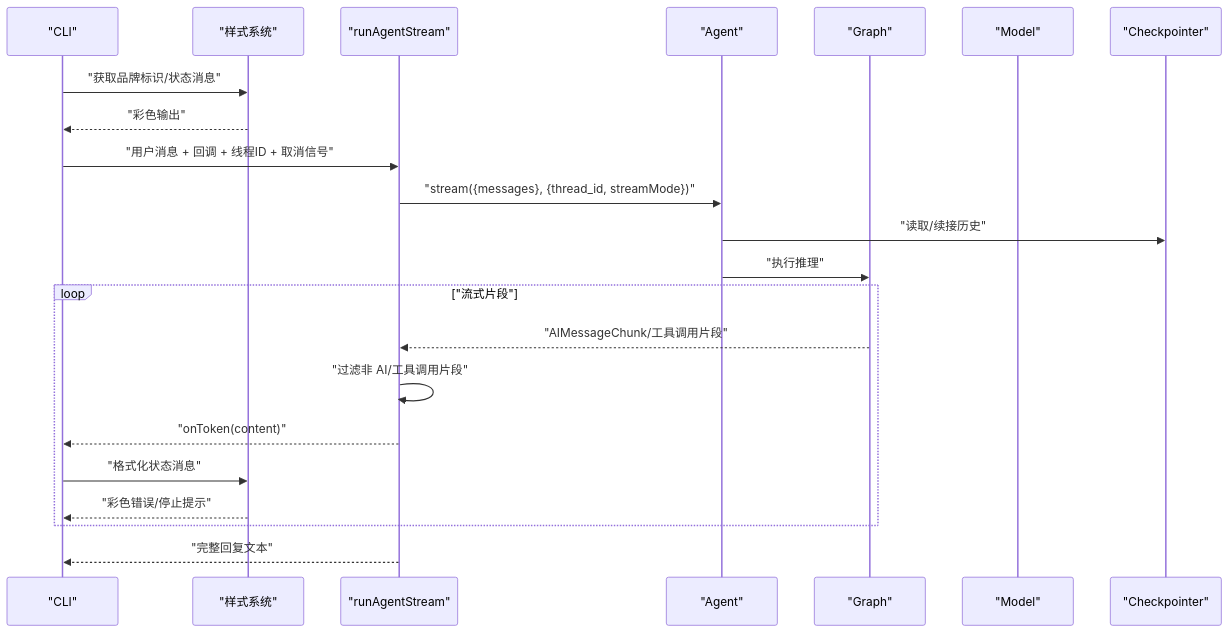
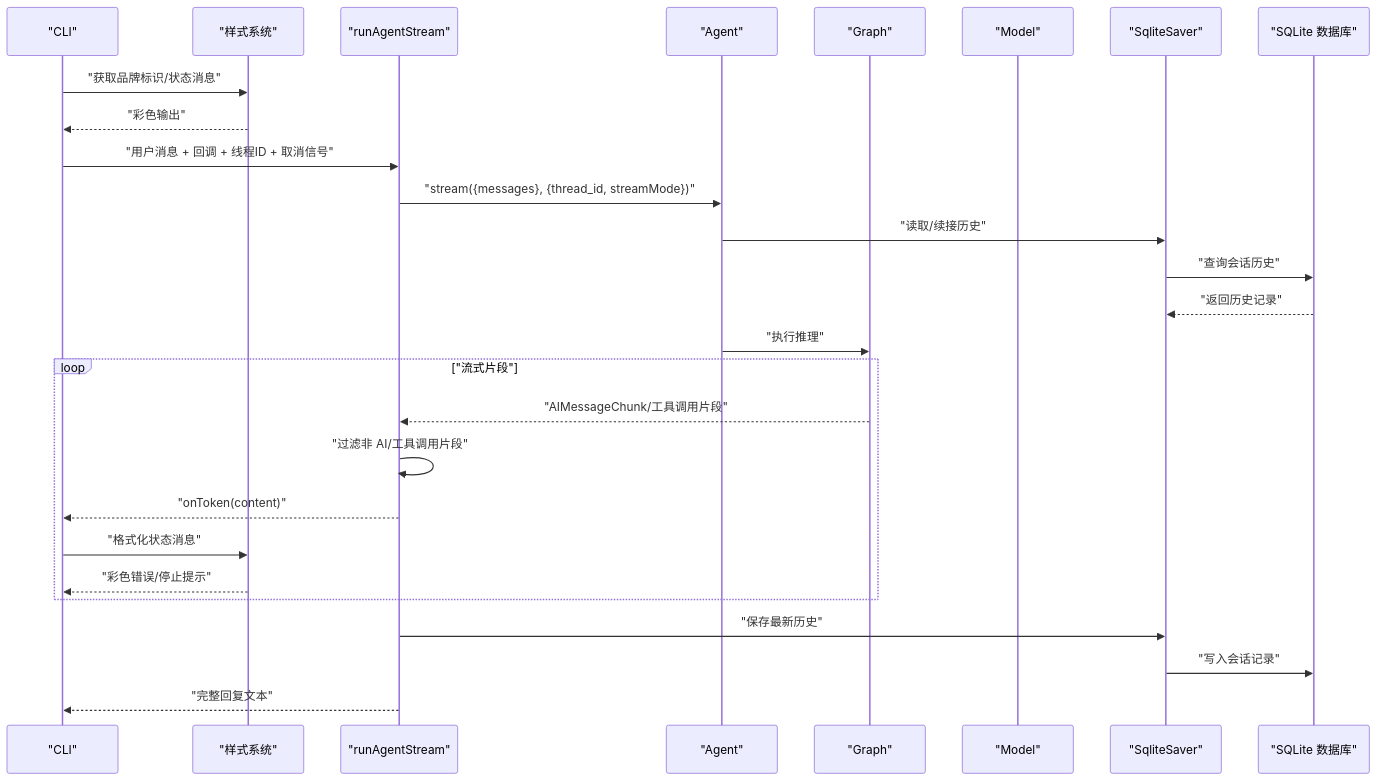
Before and after one commit to HAOFUYANG/onion-code: the third of 9 diagrams in .qoder/repowiki/zh/content/核心代理系统/核心代理系统.md, drawn with Mermaid. The commit also changed other lines of this file and 3 other files, not shown here.

````diff
--- a/.qoder/repowiki/zh/content/核心代理系统/核心代理系统.md
+++ b/.qoder/repowiki/zh/content/核心代理系统/核心代理系统.md
@@ -201,24 +207,29 @@
 ```mermaid
 sequenceDiagram
 participant C as "CLI"
 participant S as "样式系统"
 participant R as "runAgentStream"
 participant A as "Agent"
 participant G as "Graph"
 participant M as "Model"
-participant K as "Checkpointer"
+participant K as "SqliteSaver"
+participant DB as "SQLite 数据库"
 C->>S : "获取品牌标识/状态消息"
 S-->>C : "彩色输出"
 C->>R : "用户消息 + 回调 + 线程ID + 取消信号"
 R->>A : "stream({messages}, {thread_id, streamMode})"
 A->>K : "读取/续接历史"
+K->>DB : "查询会话历史"
+DB-->>K : "返回历史记录"
 A->>G : "执行推理"
 loop "流式片段"
 G-->>R : "AIMessageChunk/工具调用片段"
 R->>R : "过滤非 AI/工具调用片段"
 R-->>C : "onToken(content)"
 C->>S : "格式化状态消息"
 S-->>C : "彩色错误/停止提示"
 end
+R->>K : "保存最新历史"
+K->>DB : "写入会话记录"
 R-->>C : "完整回复文本"
 ```
````
